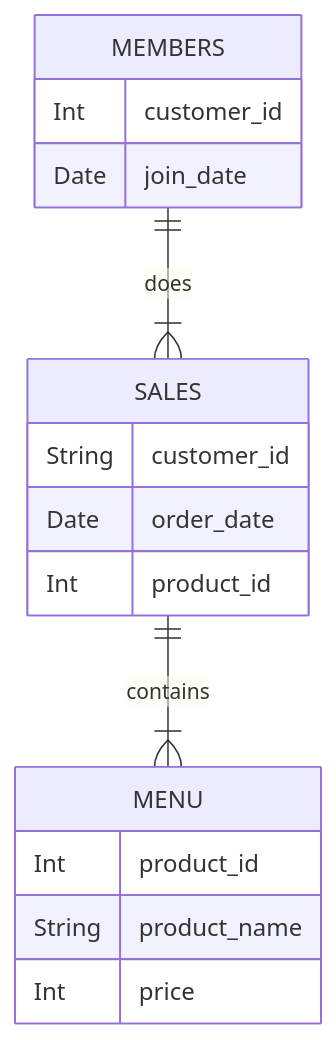
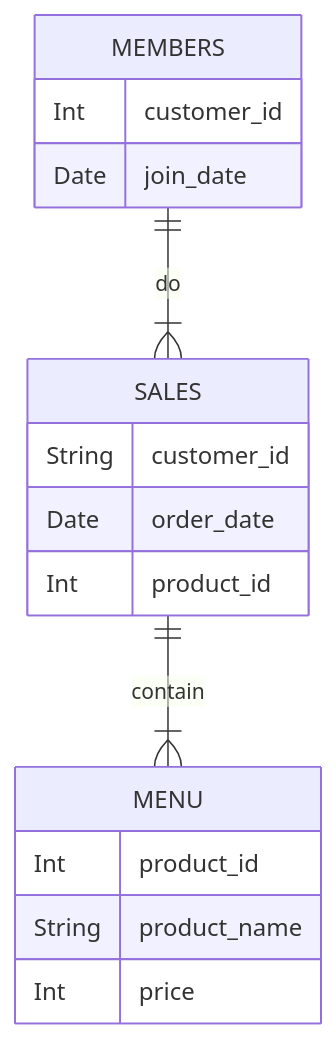
One commit to bokw/8_Week_SQL_Challenge changed the diagram in Case study #1 - Danny's Diner/README.md. Above: the diagram before and after it, drawn with Mermaid.

````diff
--- a/Case study #1 - Danny's Diner/README.md
+++ b/Case study #1 - Danny's Diner/README.md
@@ -10,21 +10,21 @@
 ```mermaid
 erDiagram
     SALES {
         String customer_id 
         Date order_date
         Int product_id
     }
 
     MENU {
         Int product_id
         String product_name
 	Int price
     }
 
     MEMBERS {
         Int customer_id
         Date join_date
     }
-MEMBERS ||--|{ SALES : does
-SALES ||--|{ MENU : contains
+MEMBERS ||--|{ SALES : do
+SALES ||--|{ MENU : contain
 ```
````
